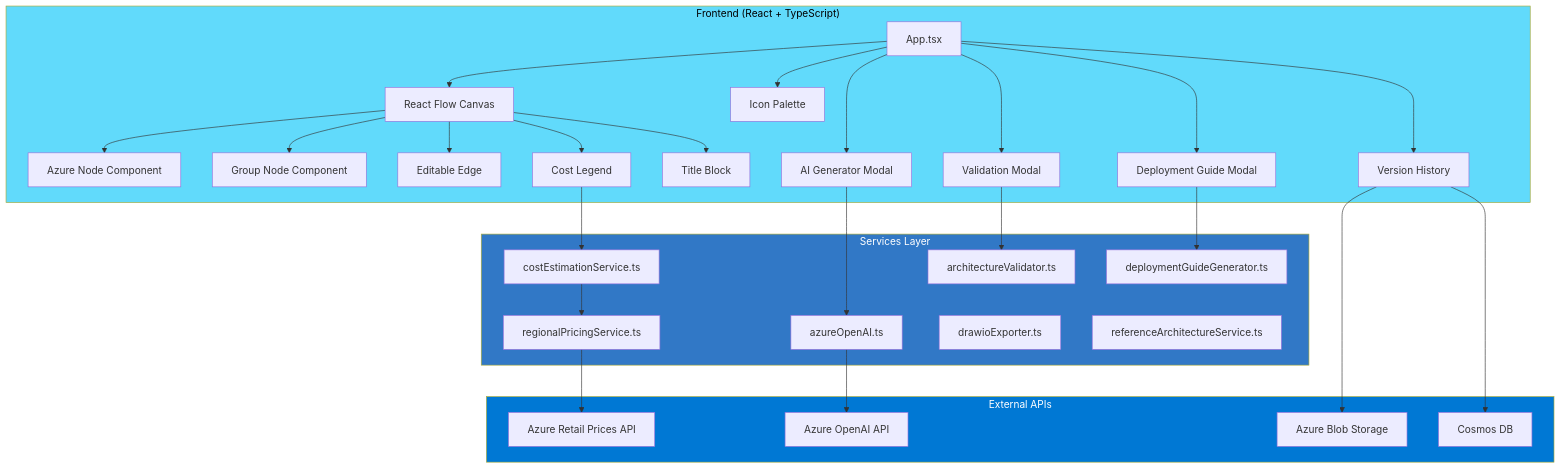
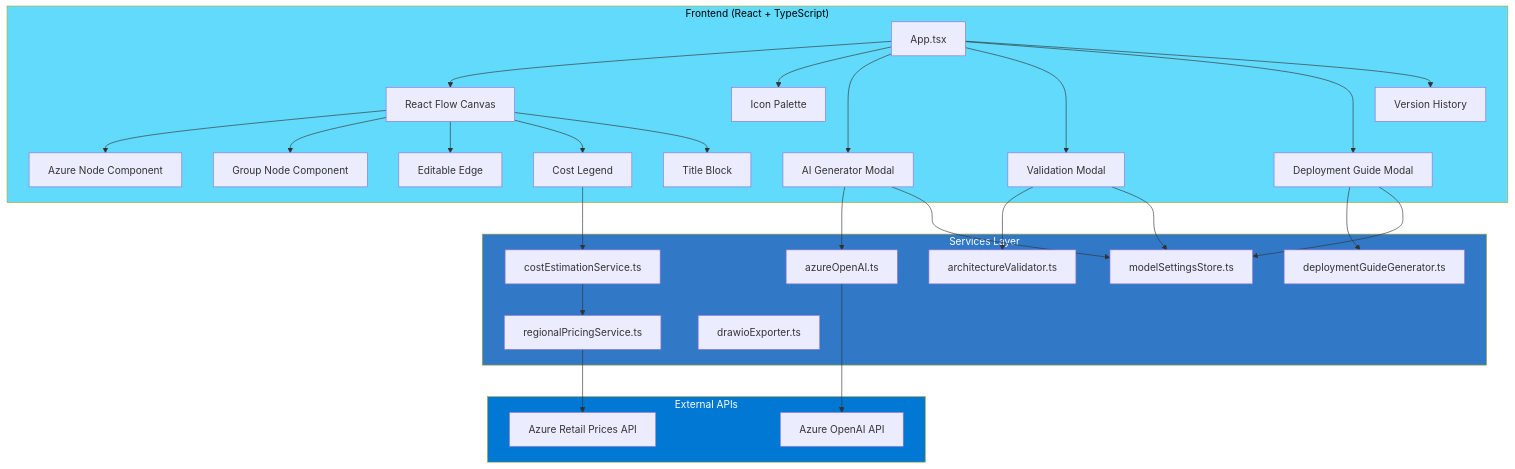
One commit to Arturo-Quiroga-MSFT/azure-architecture-diagram-builder changed the third of 3 diagrams in README.md. Above: the diagram before and after it, drawn with Mermaid. The commit also changed other lines of this file and 15 other files, not shown here.

````diff
--- a/README.md
+++ b/README.md
@@ -199,50 +204,49 @@
 ```mermaid
 graph TB
     subgraph Frontend["Frontend (React + TypeScript)"]
         App[App.tsx]
         App --> Canvas[React Flow Canvas]
         App --> Palette[Icon Palette]
         App --> AIGen[AI Generator Modal]
         App --> Validation[Validation Modal]
         App --> Deploy[Deployment Guide Modal]
         App --> Version[Version History]
         
         Canvas --> AzureNode[Azure Node Component]
         Canvas --> GroupNode[Group Node Component]
         Canvas --> EditableEdge[Editable Edge]
         Canvas --> Legend[Cost Legend]
         Canvas --> TitleBlock[Title Block]
     end
 
     subgraph Services["Services Layer"]
         azureOpenAI[azureOpenAI.ts]
         costService[costEstimationService.ts]
         validator[architectureValidator.ts]
         deployGen[deploymentGuideGenerator.ts]
         pricing[regionalPricingService.ts]
         drawio[drawioExporter.ts]
-        refArch[referenceArchitectureService.ts]
+        modelStore[modelSettingsStore.ts]
     end
 
     subgraph External["External APIs"]
         OpenAI[Azure OpenAI API]
         PricingAPI[Azure Retail Prices API]
-        BlobStorage[Azure Blob Storage]
-        CosmosDB[Cosmos DB]
     end
 
     AIGen --> azureOpenAI
     Validation --> validator
     Deploy --> deployGen
     Legend --> costService
     costService --> pricing
+    AIGen --> modelStore
+    Validation --> modelStore
+    Deploy --> modelStore
     
     azureOpenAI --> OpenAI
     pricing --> PricingAPI
-    Version --> BlobStorage
-    Version --> CosmosDB
 
     style Frontend fill:#61DAFB,color:#000
     style Services fill:#3178C6,color:#fff
     style External fill:#0078D4,color:#fff
 ```
````
